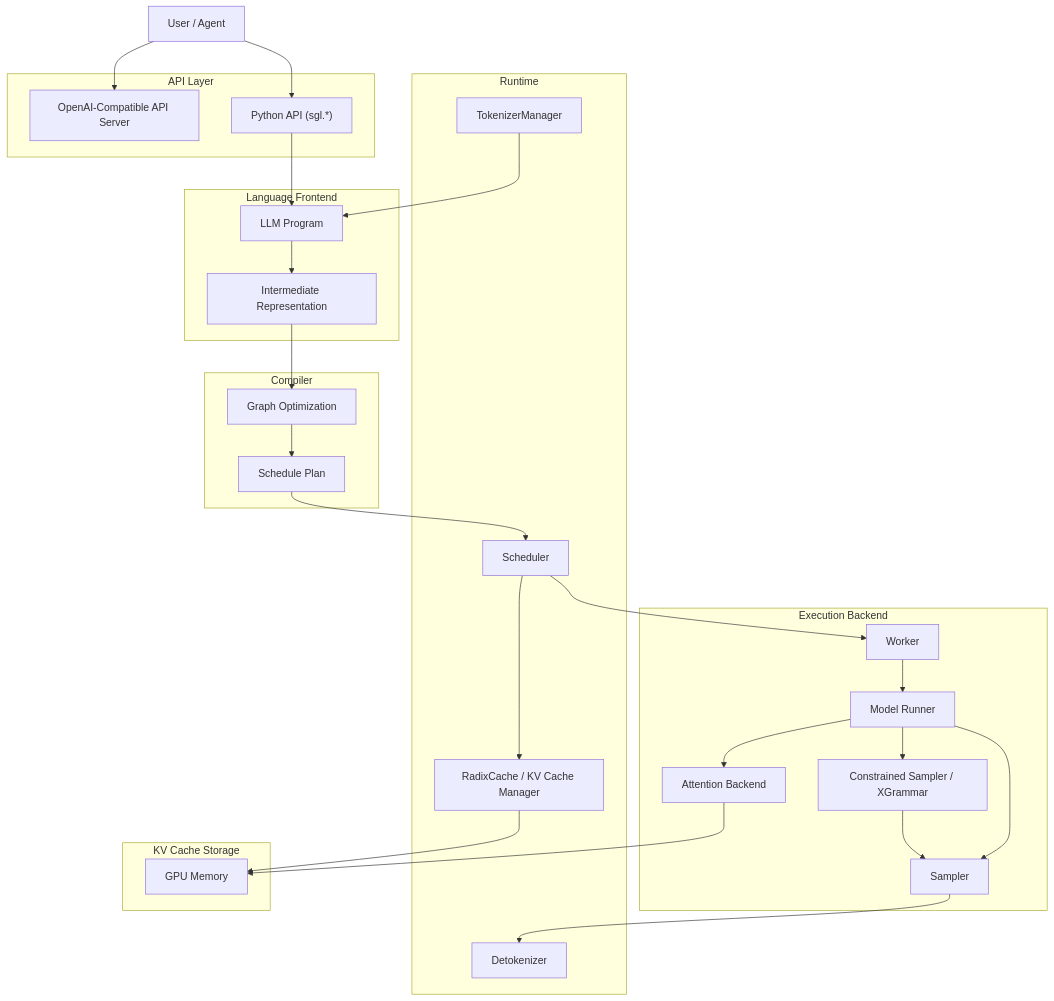
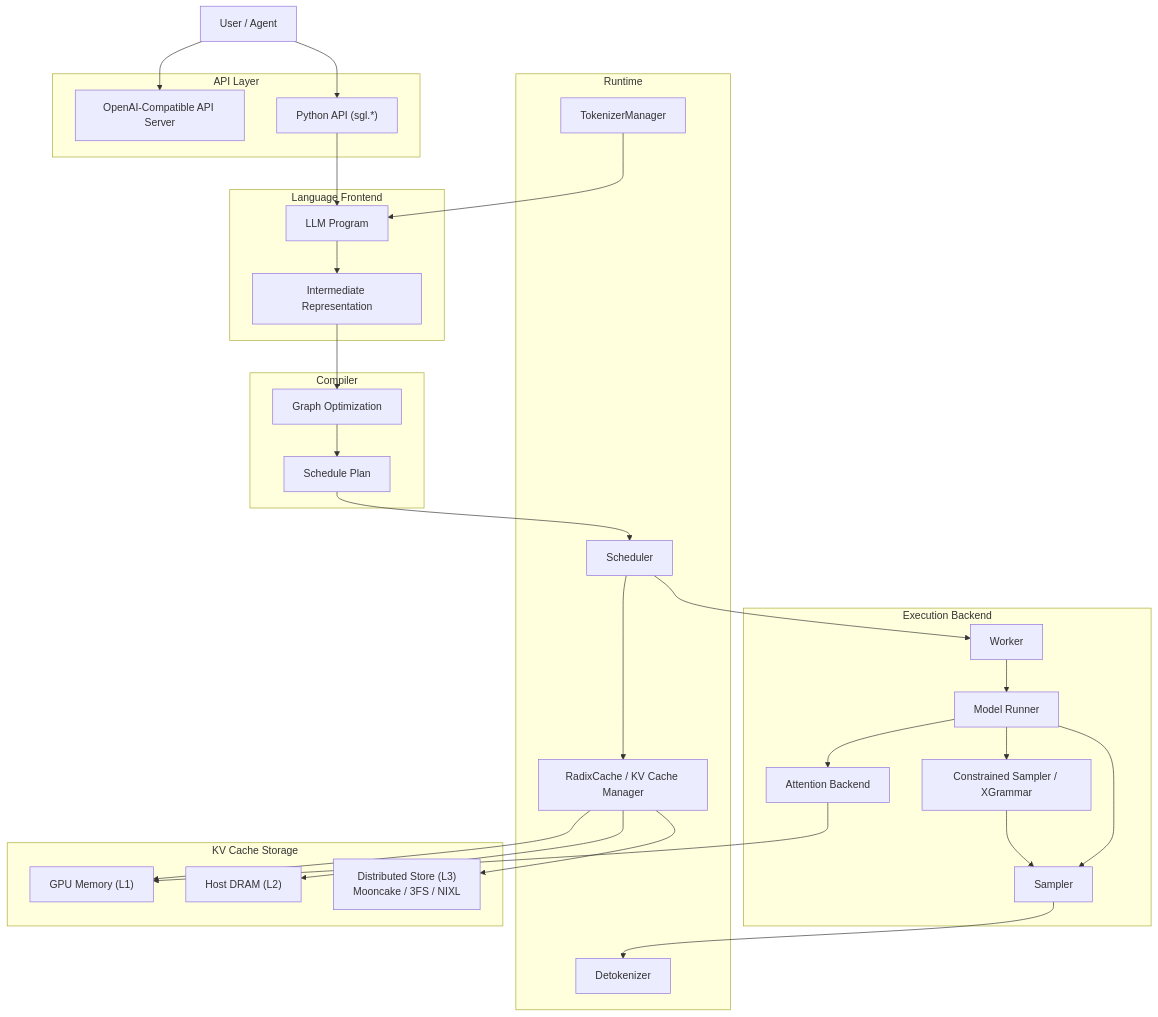
Before and after one commit to cypggs/AI_Infra_Handbook: the diagram in docs/04-llmops/sglang/03-architecture.md, drawn with Mermaid. The commit also changed other lines of this file and 10 other files, not shown here.

Commit message:
更新 SGLang 主题至 2026-10 最新技术：HiCache 三层缓存、统一 Radix Tree、PD/EPD 分离、XGrammar-2、RL rollout 引擎定位（v0.5.21）

````diff
--- a/docs/04-llmops/sglang/03-architecture.md
+++ b/docs/04-llmops/sglang/03-architecture.md
@@ -7,55 +7,59 @@
 ```mermaid
 flowchart TB
     subgraph API["API Layer"]
         OpenAI["OpenAI-Compatible API Server"]
         PythonAPI["Python API (sgl.*)"]
     end
 
     subgraph Frontend["Language Frontend"]
         Program["LLM Program"]
         IR["Intermediate Representation"]
     end
 
     subgraph Compiler["Compiler"]
         GraphOpt["Graph Optimization"]
         SchedulePlan["Schedule Plan"]
     end
 
     subgraph Runtime["Runtime"]
         Scheduler["Scheduler"]
         RadixCache["RadixCache / KV Cache Manager"]
         TokenizerMgr["TokenizerManager"]
         Detokenizer["Detokenizer"]
     end
 
     subgraph Execution["Execution Backend"]
         Worker["Worker"]
         ModelRunner["Model Runner"]
         Attention["Attention Backend"]
         Sampler["Sampler"]
         ConstrainedSampler["Constrained Sampler / XGrammar"]
     end
 
     subgraph Storage["KV Cache Storage"]
-        GPU["GPU Memory"]
+        GPU["GPU Memory (L1)"]
+        Host["Host DRAM (L2)"]
+        L3["Distributed Store (L3)<br/>Mooncake / 3FS / NIXL"]
     end
 
     User["User / Agent"] --> PythonAPI
     User --> OpenAI
     PythonAPI --> Program
     Program --> IR
     IR --> GraphOpt
     GraphOpt --> SchedulePlan
     SchedulePlan --> Scheduler
     Scheduler --> RadixCache
     Scheduler --> Worker
     TokenizerMgr --> Program
     Worker --> ModelRunner
     ModelRunner --> Attention
     ModelRunner --> Sampler
     ModelRunner --> ConstrainedSampler
     RadixCache --> GPU
+    RadixCache --> Host
+    RadixCache --> L3
     Attention --> GPU
     Sampler --> Detokenizer
     ConstrainedSampler --> Sampler
 ```
````
